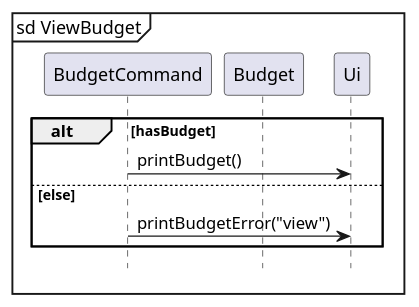
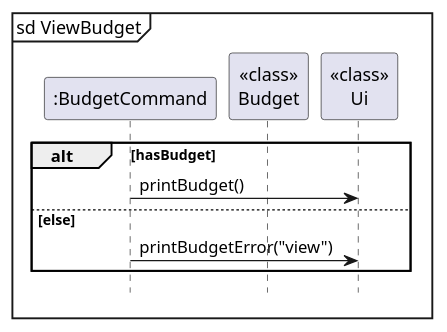
The diagram in docs/diagrams/viewBudget.puml (nus-cs2113-AY2324S1/tp), drawn with PlantUML before and after one commit. The commit also changed 8 other files, not shown here.

Commit message:
Update sequence diagrams

```diff
--- a/docs/diagrams/viewBudget.puml
+++ b/docs/diagrams/viewBudget.puml
@@ -1,15 +1,15 @@
 @startuml
 
 mainframe sd ViewBudget
-participant BudgetCommand
-participant Budget
-participant Ui
+participant ":BudgetCommand" as BudgetCommand
+participant "<<class>>\nBudget" as Budget
+participant "<<class>>\nUi" as Ui
 
 alt hasBudget
     BudgetCommand -> Ui: printBudget()
 else else
     BudgetCommand -> Ui: printBudgetError("view")
 end
 
 hide footbox
 @enduml
```
